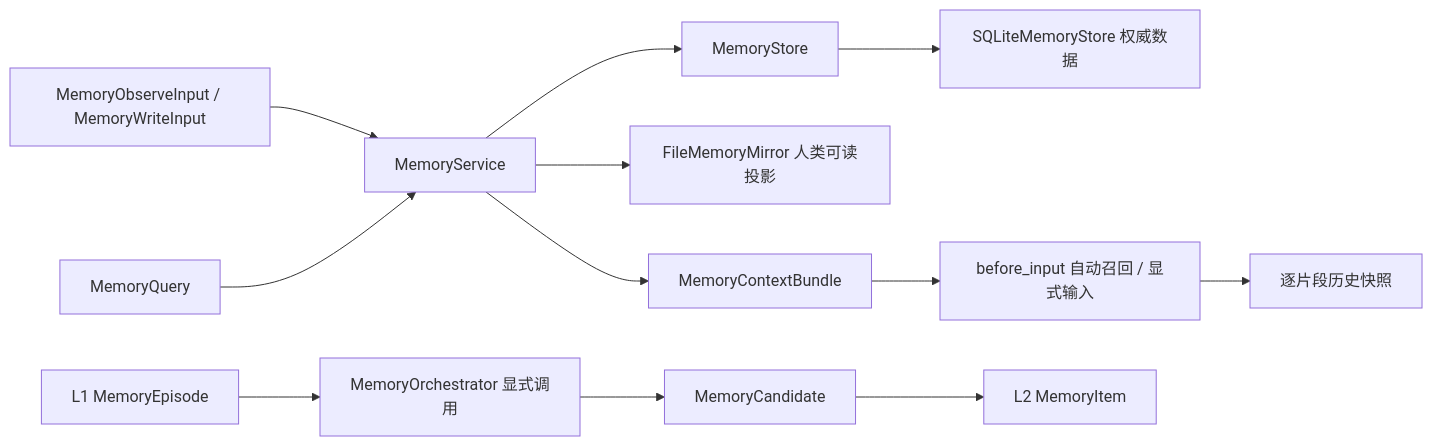
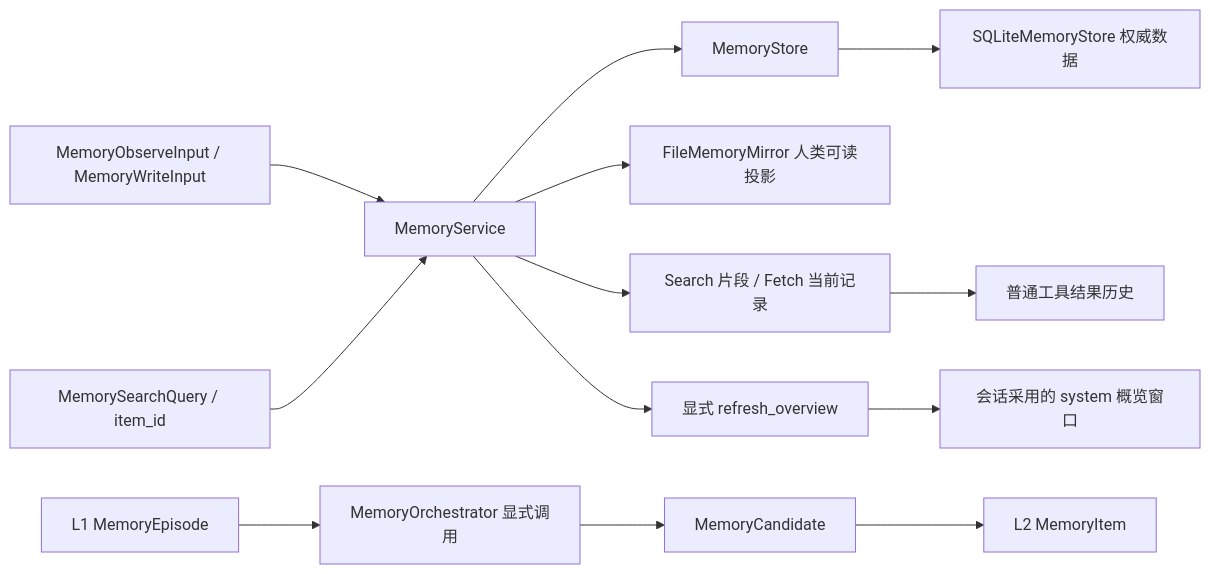
Before and after one commit to Tsubaki-01/Iris: the diagram in src/iris/memory/README.md, drawn with Mermaid. The commit also changed other lines of this file and 72 other files, not shown here.

````diff
--- a/src/iris/memory/README.md
+++ b/src/iris/memory/README.md
@@ -71,14 +69,15 @@
 ```mermaid
 flowchart LR
     Input["MemoryObserveInput / MemoryWriteInput"] --> Service["MemoryService"]
     Service --> Store["MemoryStore"]
     Store --> SQLite["SQLiteMemoryStore 权威数据"]
     Service --> Mirror["FileMemoryMirror 人类可读投影"]
     Episode["L1 MemoryEpisode"] --> Orchestrator["MemoryOrchestrator 显式调用"]
     Orchestrator --> Candidate["MemoryCandidate"]
     Candidate --> Item["L2 MemoryItem"]
-    Query["MemoryQuery"] --> Service
-    Service --> Context["MemoryContextBundle"]
-    Context --> Runtime["before_input 自动召回 / 显式输入"]
-    Runtime --> History["逐片段历史快照"]
+    Query["MemorySearchQuery / item_id"] --> Service
+    Service --> Result["Search 片段 / Fetch 当前记录"]
+    Service --> Overview["显式 refresh_overview"]
+    Overview --> Window["会话采用的 system 概览窗口"]
+    Result --> History["普通工具结果历史"]
 ```
````
